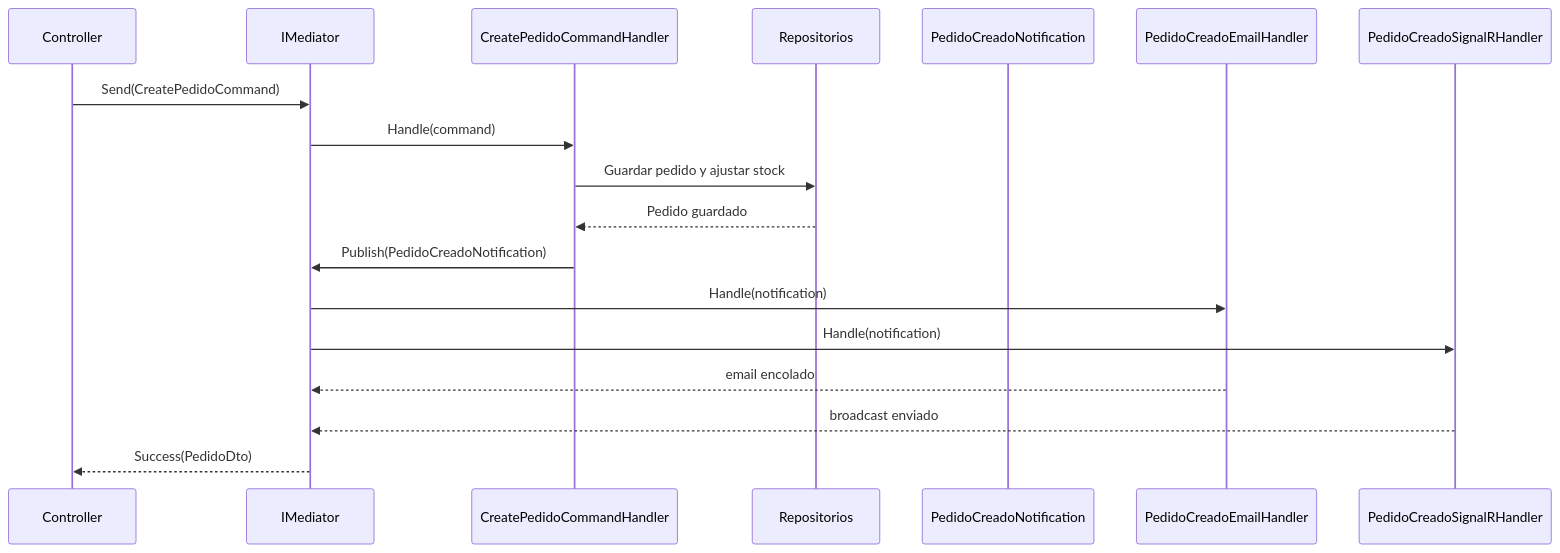
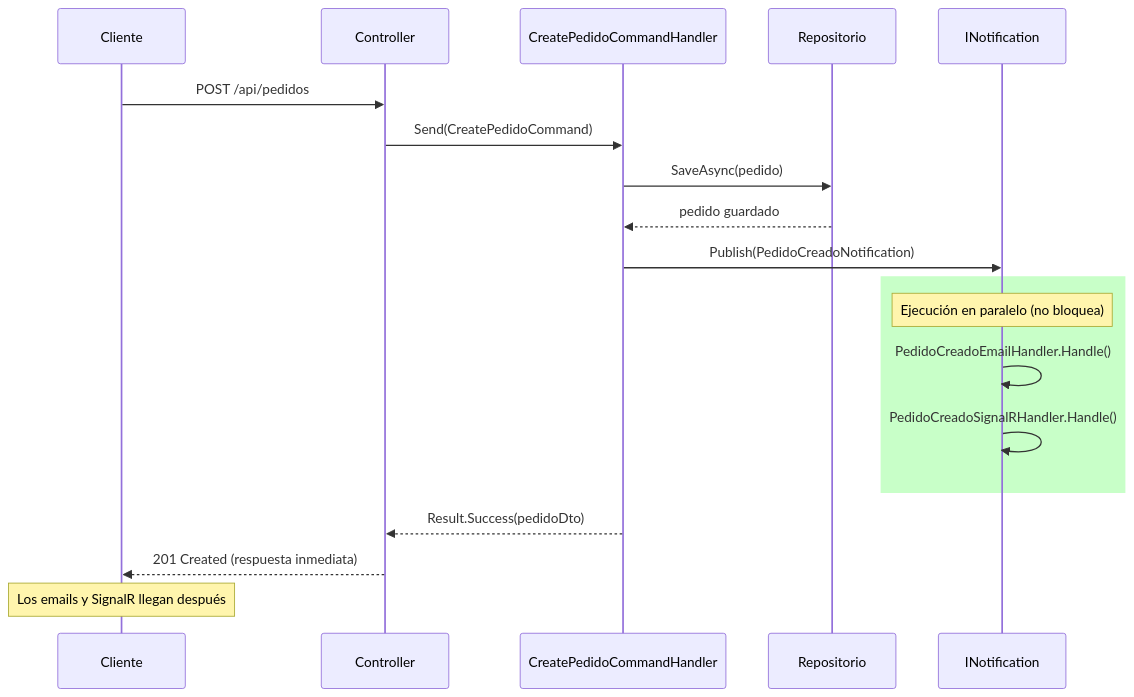
One commit to joseluisgs/TiendaDawApi-Cqrs-MediatR-NetCore changed the fifth of 9 diagrams in doc/31-mediatr-cqrs-eventos.md. Above: the diagram before and after it, drawn with Mermaid. The commit also changed other lines of this file and 3 other files, not shown here.

````diff
--- a/doc/31-mediatr-cqrs-eventos.md
+++ b/doc/31-mediatr-cqrs-eventos.md
@@ -78,21 +466,27 @@
 ```mermaid
 sequenceDiagram
-    participant C as Controller
-    participant M as IMediator
-    participant H as CreatePedidoCommandHandler
-    participant R as Repositorios
-    participant N as PedidoCreadoNotification
-    participant E as PedidoCreadoEmailHandler
-    participant S as PedidoCreadoSignalRHandler
-
-    C->>M: Send(CreatePedidoCommand)
-    M->>H: Handle(command)
-    H->>R: Guardar pedido y ajustar stock
-    R-->>H: Pedido guardado
-    H->>M: Publish(PedidoCreadoNotification)
-    M->>E: Handle(notification)
-    M->>S: Handle(notification)
-    E-->>M: email encolado
-    S-->>M: broadcast enviado
-    M-->>C: Success(PedidoDto)
+    participant Client as Cliente
+    participant Ctrl as Controller
+    participant Handler as CreatePedidoCommandHandler
+    participant Repo as Repositorio
+    participant Notif as INotification
+    
+    Client->>Ctrl: POST /api/pedidos
+    Ctrl->>Handler: Send(CreatePedidoCommand)
+    
+    Handler->>Repo: SaveAsync(pedido)
+    Repo-->>Handler: pedido guardado
+    
+    Handler->>Notif: Publish(PedidoCreadoNotification)
+    
+    rect rgb(200, 255, 200)
+    Note over Notif: Ejecución en paralelo (no bloquea)
+    Notif->>Notif: PedidoCreadoEmailHandler.Handle()
+    Notif->>Notif: PedidoCreadoSignalRHandler.Handle()
+    end
+    
+    Handler-->>Ctrl: Result.Success(pedidoDto)
+    Ctrl-->>Client: 201 Created (respuesta inmediata)
+    
+    Note over Client: Los emails y SignalR llegan después
 ```
````
